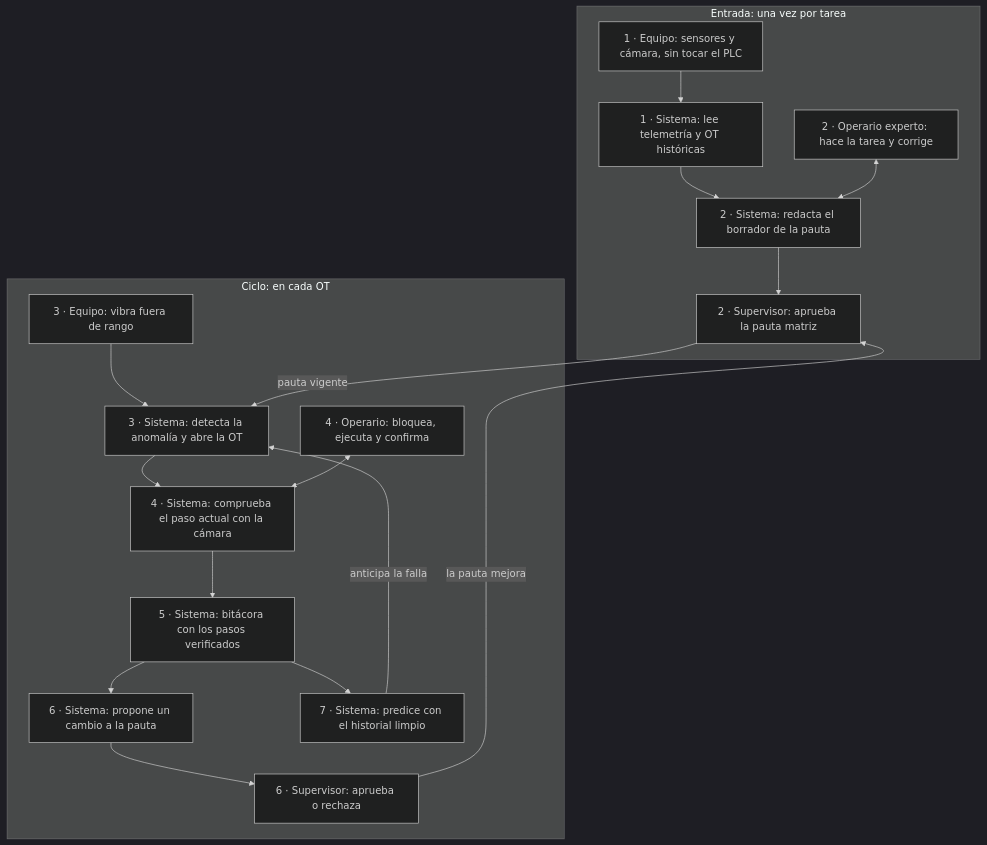
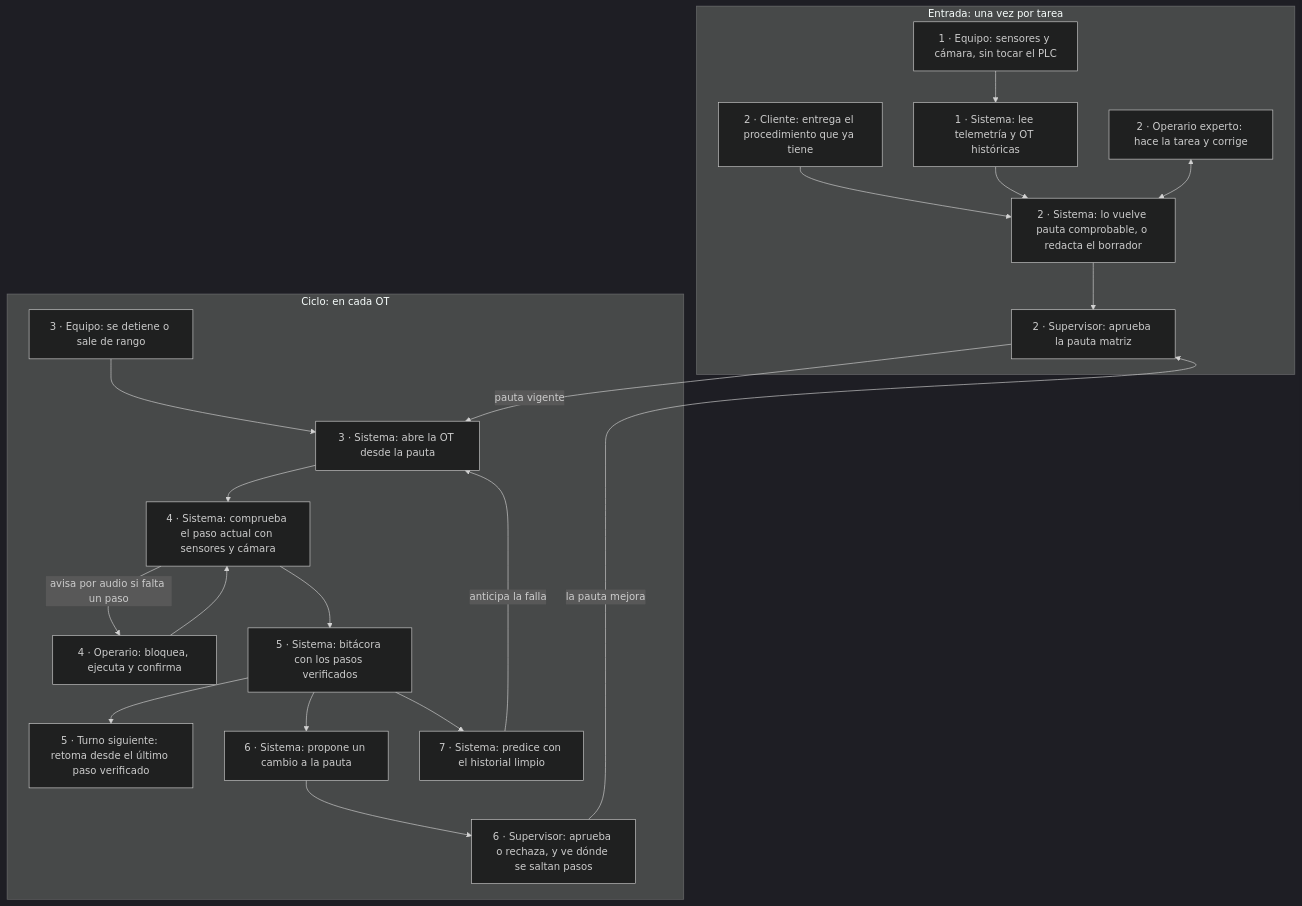
The diagram in knowledge/architecture/FLUJO.md (platanus-hack/platanus-hack-26-cl-team-10), drawn with Mermaid (dark theme) before and after one commit. The commit also changed other lines of this file and 9 other files, not shown here.

````diff
--- a/knowledge/architecture/FLUJO.md
+++ b/knowledge/architecture/FLUJO.md
@@ -5,21 +5,24 @@
 ```mermaid
 flowchart TD
   subgraph E["Entrada: una vez por tarea"]
     A1["1 · Equipo: sensores y cámara, sin tocar el PLC"] --> A2["1 · Sistema: lee telemetría y OT históricas"]
-    A2 --> B1["2 · Sistema: redacta el borrador de la pauta"]
+    A0["2 · Cliente: entrega el procedimiento que ya tiene"] --> B1
+    A2 --> B1["2 · Sistema: lo vuelve pauta comprobable, o redacta el borrador"]
     B2["2 · Operario experto: hace la tarea y corrige"] <--> B1
     B1 --> B3["2 · Supervisor: aprueba la pauta matriz"]
   end
   subgraph C["Ciclo: en cada OT"]
-    C1["3 · Equipo: vibra fuera de rango"] --> C2["3 · Sistema: detecta la anomalía y abre la OT"]
-    C2 --> D1["4 · Sistema: comprueba el paso actual con la cámara"]
-    D2["4 · Operario: bloquea, ejecuta y confirma"] <--> D1
+    C1["3 · Equipo: se detiene o sale de rango"] --> C2["3 · Sistema: abre la OT desde la pauta"]
+    C2 --> D1["4 · Sistema: comprueba el paso actual con sensores y cámara"]
+    D2["4 · Operario: bloquea, ejecuta y confirma"] --> D1
+    D1 -- "avisa por audio si falta un paso" --> D2
     D1 --> F1["5 · Sistema: bitácora con los pasos verificados"]
+    F1 --> F2["5 · Turno siguiente: retoma desde el último paso verificado"]
     F1 --> G1["6 · Sistema: propone un cambio a la pauta"]
-    G1 --> G2["6 · Supervisor: aprueba o rechaza"]
+    G1 --> G2["6 · Supervisor: aprueba o rechaza, y ve dónde se saltan pasos"]
     F1 --> H1["7 · Sistema: predice con el historial limpio"]
   end
   B3 -- "pauta vigente" --> C2
   G2 -- "la pauta mejora" --> B3
   H1 -- "anticipa la falla" --> C2
 ```
````
